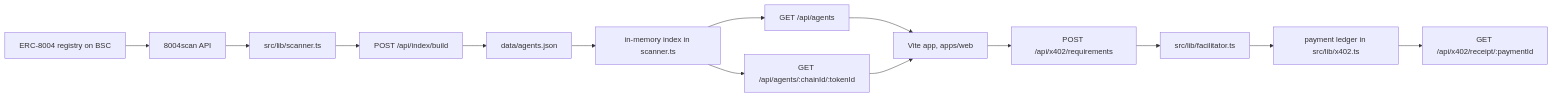
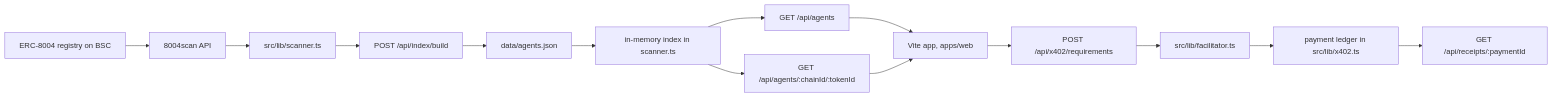
Before and after one commit to blockballr/agentsouk: the first of 2 diagrams in docs/architecture.md, drawn with Mermaid. The commit also changed other lines of this file and 1 other file, not shown here.

Commit message:
docs: the architecture, long and short, matching the code

````diff
--- a/docs/architecture.md
+++ b/docs/architecture.md
@@ -110,16 +109,16 @@
 ```mermaid
 flowchart LR
     R[ERC-8004 registry on BSC] --> A[8004scan API]
     A --> S[src/lib/scanner.ts]
     S --> B[POST /api/index/build]
     B --> J[data/agents.json]
     J --> I[in-memory index in scanner.ts]
     I --> Q[GET /api/agents]
     I --> D[GET /api/agents/:chainId/:tokenId]
     Q --> W[Vite app, apps/web]
     D --> W
     W --> REQ[POST /api/x402/requirements]
     REQ --> F[src/lib/facilitator.ts]
     F --> L[payment ledger in src/lib/x402.ts]
-    L --> RC[GET /api/x402/receipt/:paymentId]
+    L --> RC[GET /api/receipts/:paymentId]
 ```
````
